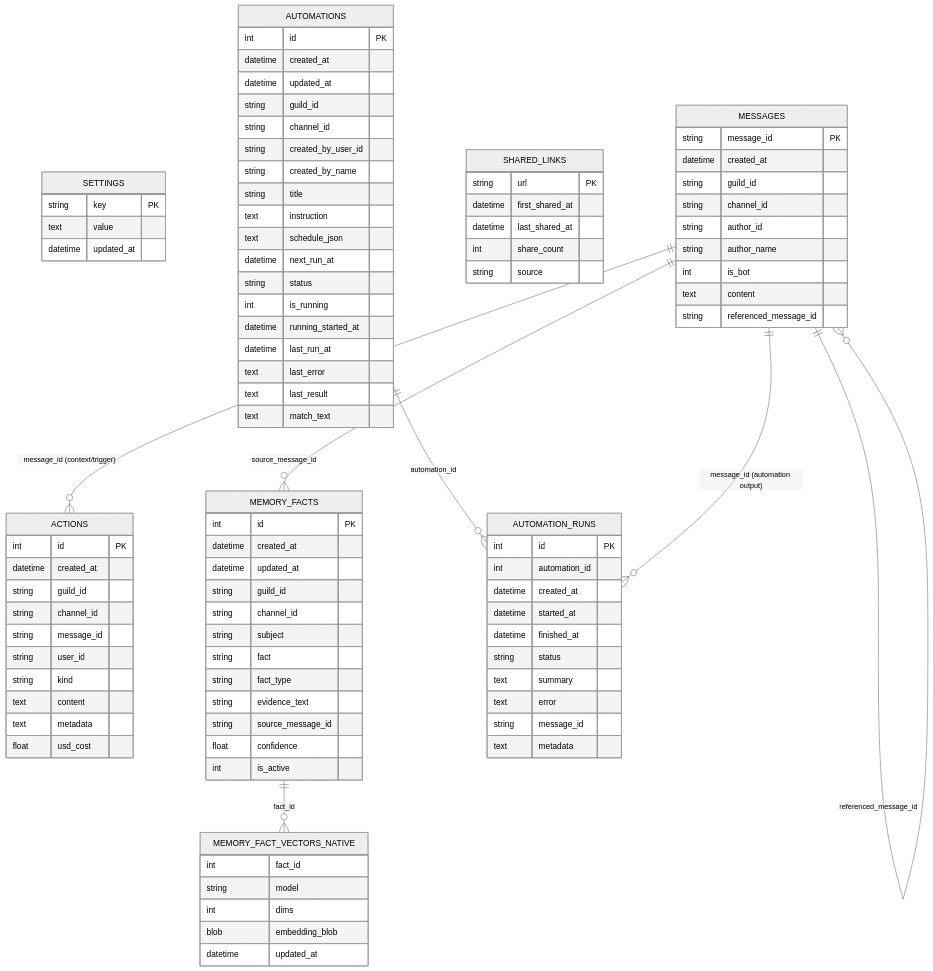
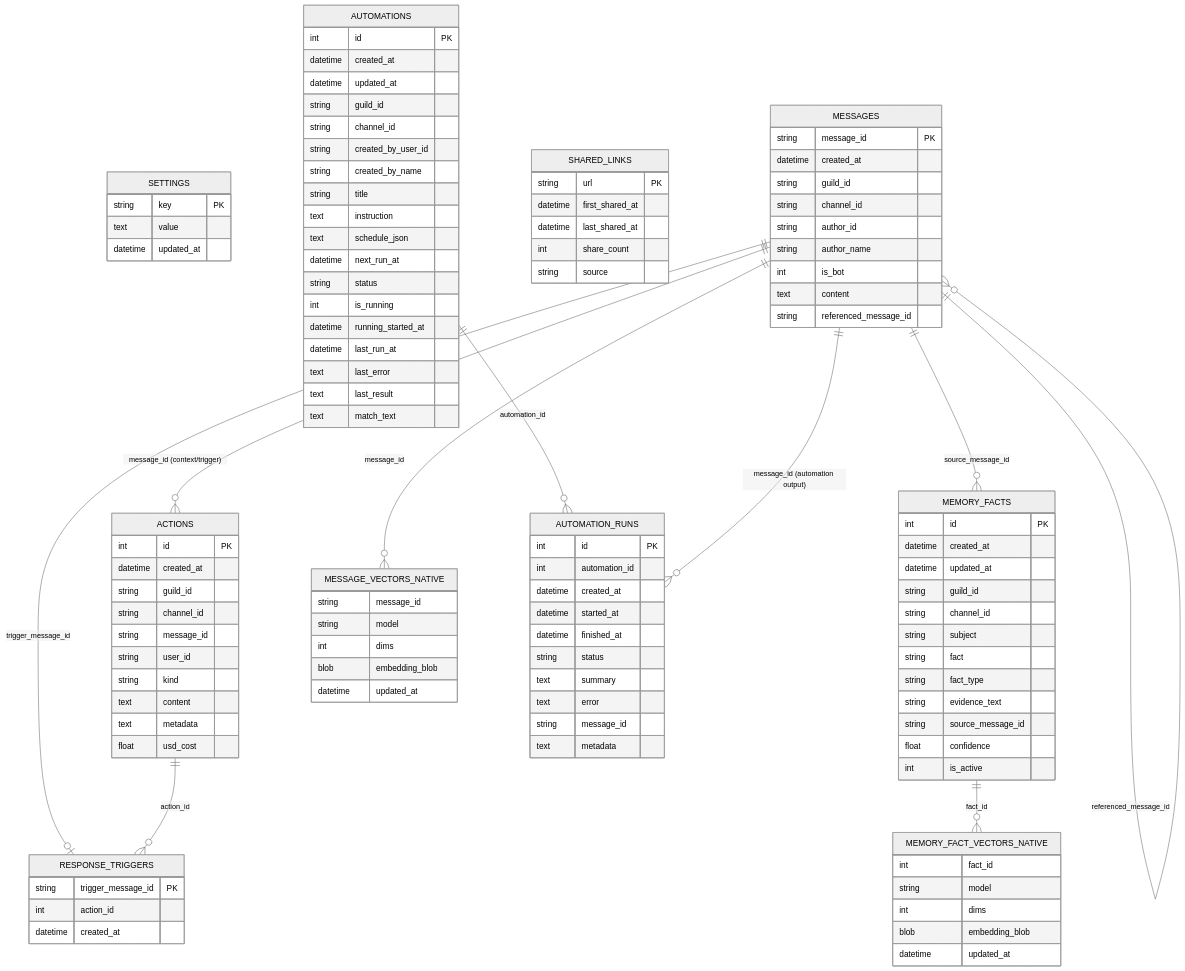
The diagram in docs/diagrams/data-model.mmd (Volpestyle/clanker_conk), drawn with Mermaid (neutral theme) before and after one commit. The commit also changed 76 other files, not shown here.

```diff
--- a/docs/diagrams/data-model.mmd
+++ b/docs/diagrams/data-model.mmd
@@ -1,103 +1,120 @@
 erDiagram
     SETTINGS {
         string key PK
         text value
         datetime updated_at
     }
 
     MESSAGES {
         string message_id PK
         datetime created_at
         string guild_id
         string channel_id
         string author_id
         string author_name
         int is_bot
         text content
         string referenced_message_id
     }
 
     ACTIONS {
         int id PK
         datetime created_at
         string guild_id
         string channel_id
         string message_id
         string user_id
         string kind
         text content
         text metadata
         float usd_cost
     }
 
     MEMORY_FACTS {
         int id PK
         datetime created_at
         datetime updated_at
         string guild_id
         string channel_id
         string subject
         string fact
         string fact_type
         string evidence_text
         string source_message_id
         float confidence
         int is_active
     }
 
     MEMORY_FACT_VECTORS_NATIVE {
         int fact_id
         string model
         int dims
         blob embedding_blob
         datetime updated_at
     }
 
+    MESSAGE_VECTORS_NATIVE {
+        string message_id
+        string model
+        int dims
+        blob embedding_blob
+        datetime updated_at
+    }
+
     SHARED_LINKS {
         string url PK
         datetime first_shared_at
         datetime last_shared_at
         int share_count
         string source
     }
 
     AUTOMATIONS {
         int id PK
         datetime created_at
         datetime updated_at
         string guild_id
         string channel_id
         string created_by_user_id
         string created_by_name
         string title
         text instruction
         text schedule_json
         datetime next_run_at
         string status
         int is_running
         datetime running_started_at
         datetime last_run_at
         text last_error
         text last_result
         text match_text
     }
 
     AUTOMATION_RUNS {
         int id PK
         int automation_id
         datetime created_at
         datetime started_at
         datetime finished_at
         string status
         text summary
         text error
         string message_id
         text metadata
     }
 
+    RESPONSE_TRIGGERS {
+        string trigger_message_id PK
+        int action_id
+        datetime created_at
+    }
+
     MESSAGES ||--o{ ACTIONS : "message_id (context/trigger)"
     MESSAGES ||--o{ MEMORY_FACTS : "source_message_id"
     MEMORY_FACTS ||--o{ MEMORY_FACT_VECTORS_NATIVE : "fact_id"
+    MESSAGES ||--o{ MESSAGE_VECTORS_NATIVE : "message_id"
     MESSAGES ||--o{ MESSAGES : "referenced_message_id"
     AUTOMATIONS ||--o{ AUTOMATION_RUNS : "automation_id"
     MESSAGES ||--o{ AUTOMATION_RUNS : "message_id (automation output)"
+    MESSAGES ||--o| RESPONSE_TRIGGERS : "trigger_message_id"
+    ACTIONS ||--o{ RESPONSE_TRIGGERS : "action_id"
```
